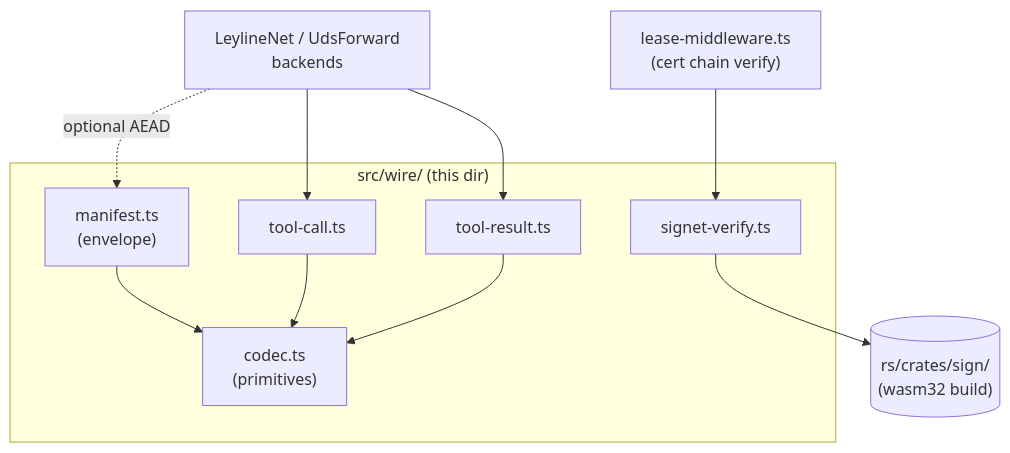
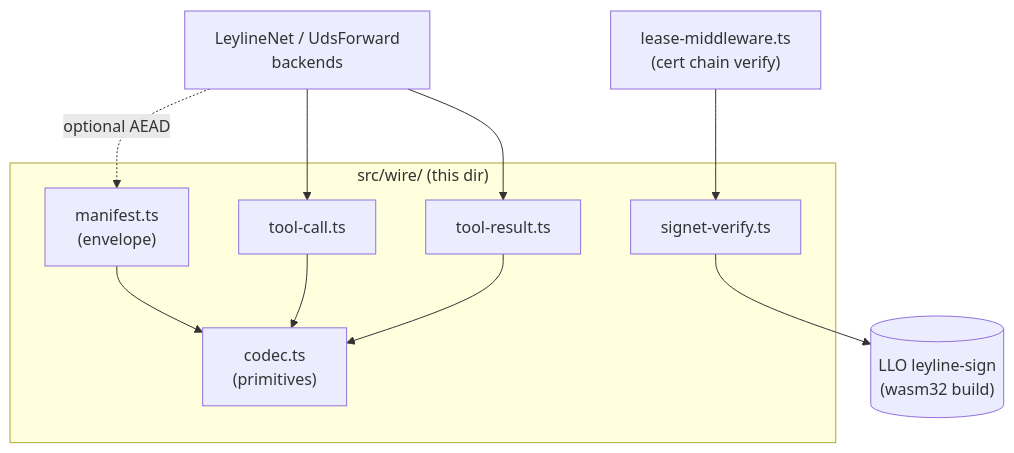
Before and after one commit to agentic-research/cloister: the diagram in src/wire/README.md, drawn with Mermaid. The commit also changed other lines of this file and 58 other files, not shown here.

First line of the commit message:
[cloister-8f4d3f] chore(sign): drop rs/crates/sign fork, depend on LLO's leyline-sign (#119)

````diff
--- a/src/wire/README.md
+++ b/src/wire/README.md
@@ -32,21 +32,21 @@
 ```mermaid
 flowchart TB
     subgraph wire ["src/wire/ (this dir)"]
         codec["codec.ts<br/>(primitives)"]
         man["manifest.ts<br/>(envelope)"]
         tc["tool-call.ts"]
         tr["tool-result.ts"]
         sv["signet-verify.ts"]
     end
     BE["LeylineNet / UdsForward<br/>backends"]
     LM["lease-middleware.ts<br/>(cert chain verify)"]
-    WASM[("rs/crates/sign/<br/>(wasm32 build)")]
+    WASM[("LLO leyline-sign<br/>(wasm32 build)")]
 
     man --> codec
     tc --> codec
     tr --> codec
     BE --> tc
     BE --> tr
     BE -.->|optional AEAD| man
     LM --> sv --> WASM
 ```
````
